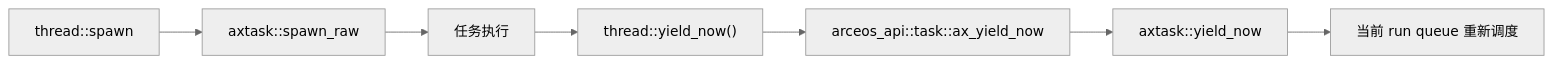
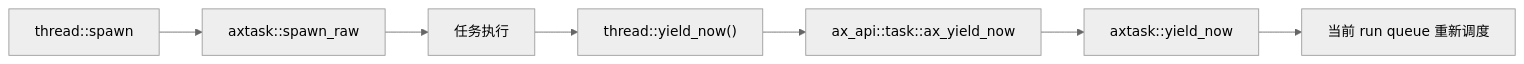
Before and after one commit to zKurisu/tgoskits: the first of 2 diagrams in docs/crates/arceos-yield.md, drawn with Mermaid (neutral theme). The commit also changed other lines of this file and 61 other files, not shown here.

Commit message:
rename arceos_api to ax-api

````diff
--- a/docs/crates/arceos-yield.md
+++ b/docs/crates/arceos-yield.md
@@ -25,9 +25,9 @@
 ```mermaid
 flowchart LR
     A["thread::spawn"] --> B["axtask::spawn_raw"]
     B --> C["任务执行"]
     C --> D["thread::yield_now()"]
-    D --> E["arceos_api::task::ax_yield_now"]
+    D --> E["ax_api::task::ax_yield_now"]
     E --> F["axtask::yield_now"]
     F --> G["当前 run queue 重新调度"]
 ```
````
